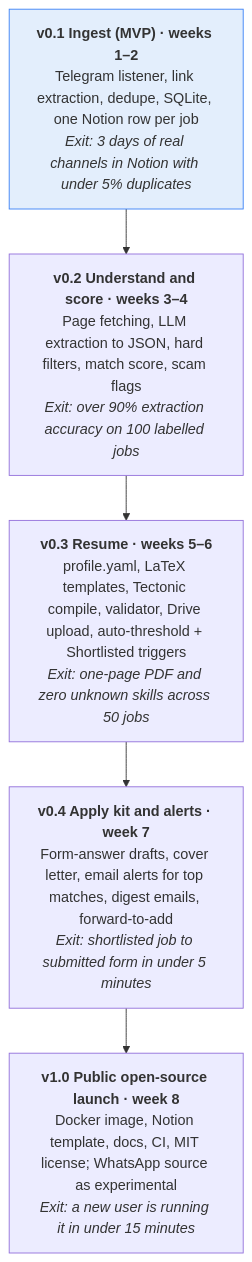
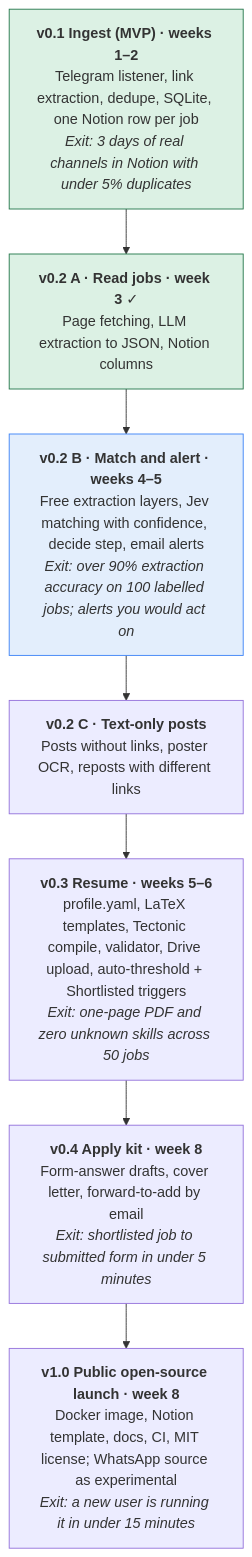
Before and after one commit to ThePlator/JobRadar: the diagram in docs/PRD.md, drawn with Mermaid. The commit also changed other lines of this file and 3 other files, not shown here.

First line of the commit message:
Document free-first extraction and Jev matching design

````diff
--- a/docs/PRD.md
+++ b/docs/PRD.md
@@ -181,10 +191,14 @@
 ```mermaid
 flowchart TB
     R1["<b>v0.1 Ingest (MVP) · weeks 1–2</b><br/>Telegram listener, link extraction, dedupe, SQLite, one Notion row per job<br/><i>Exit: 3 days of real channels in Notion with under 5% duplicates</i>"]
-    R2["<b>v0.2 Understand and score · weeks 3–4</b><br/>Page fetching, LLM extraction to JSON, hard filters, match score, scam flags<br/><i>Exit: over 90% extraction accuracy on 100 labelled jobs</i>"]
+    R2A["<b>v0.2 A · Read jobs · week 3</b> ✓<br/>Page fetching, LLM extraction to JSON, Notion columns"]
+    R2B["<b>v0.2 B · Match and alert · weeks 4–5</b><br/>Free extraction layers, Jev matching with confidence, decide step, email alerts<br/><i>Exit: over 90% extraction accuracy on 100 labelled jobs; alerts you would act on</i>"]
+    R2C["<b>v0.2 C · Text-only posts</b><br/>Posts without links, poster OCR, reposts with different links"]
     R3["<b>v0.3 Resume · weeks 5–6</b><br/>profile.yaml, LaTeX templates, Tectonic compile, validator, Drive upload, auto-threshold + Shortlisted triggers<br/><i>Exit: one-page PDF and zero unknown skills across 50 jobs</i>"]
-    R4["<b>v0.4 Apply kit and alerts · week 7</b><br/>Form-answer drafts, cover letter, email alerts for top matches, digest emails, forward-to-add<br/><i>Exit: shortlisted job to submitted form in under 5 minutes</i>"]
+    R4["<b>v0.4 Apply kit · week 8</b><br/>Form-answer drafts, cover letter, forward-to-add by email<br/><i>Exit: shortlisted job to submitted form in under 5 minutes</i>"]
     R5["<b>v1.0 Public open-source launch · week 8</b><br/>Docker image, Notion template, docs, CI, MIT license; WhatsApp source as experimental<br/><i>Exit: a new user is running it in under 15 minutes</i>"]
-    R1 --> R2 --> R3 --> R4 --> R5
-    style R1 fill:#e3eefc,stroke:#3b82f6
+    R1 --> R2A --> R2B --> R2C --> R3 --> R4 --> R5
+    style R1 fill:#dcf1e4,stroke:#23774a
+    style R2A fill:#dcf1e4,stroke:#23774a
+    style R2B fill:#e3eefc,stroke:#3b82f6
 ```
````
